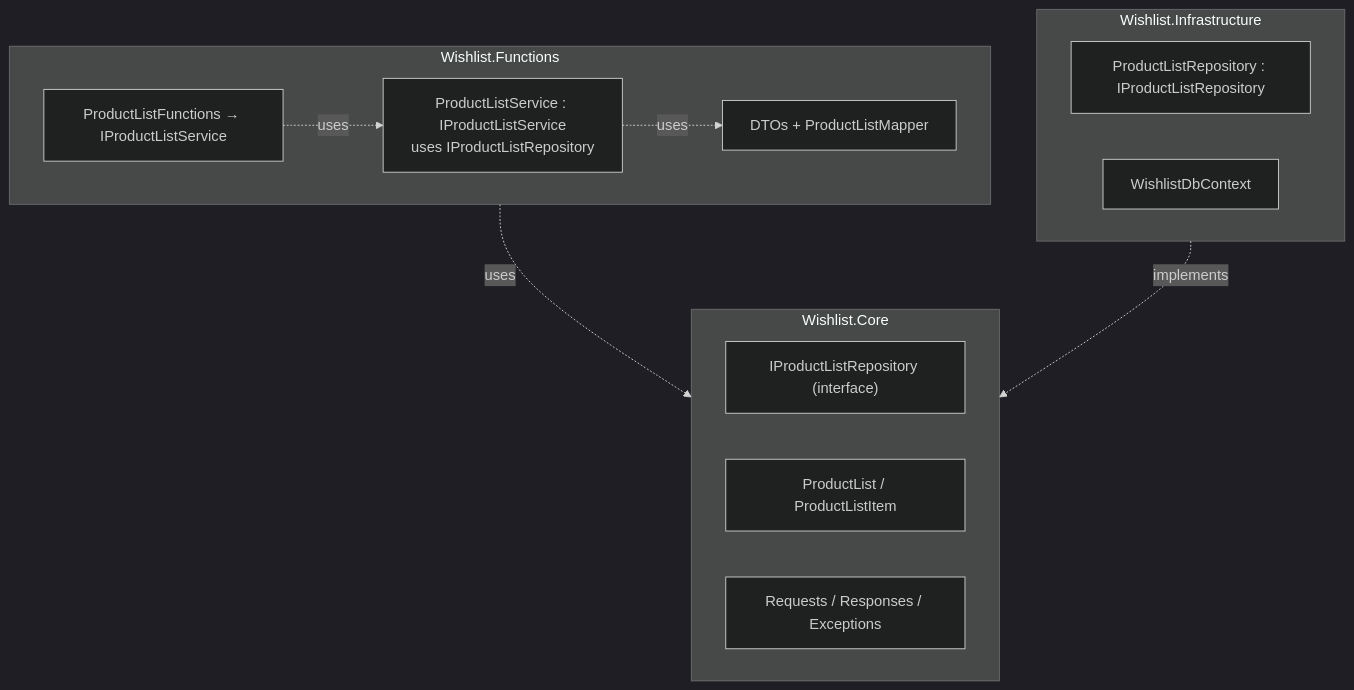
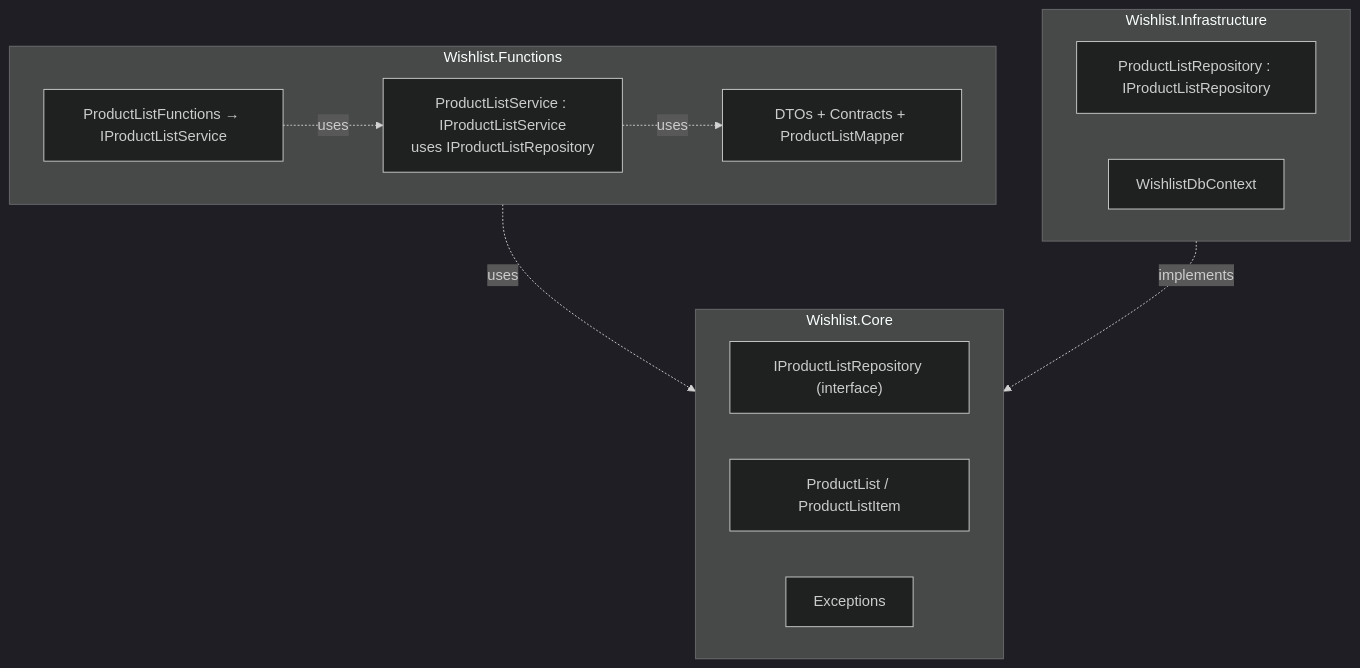
Before and after one commit to YammanureSreekanth/csharp-mini-project: the third of 8 diagrams in Wishlist/ARCHITECTURE.md, drawn with Mermaid (dark theme). The commit also changed other lines of this file and 8 other files, not shown here.

Commit message:
feat: add request and response contracts for product lists and list items, and update references in services and functions

````diff
--- a/Wishlist/ARCHITECTURE.md
+++ b/Wishlist/ARCHITECTURE.md
@@ -83,24 +77,24 @@
 ```mermaid
 flowchart TB
     subgraph Core["Wishlist.Core"]
         direction LR
         c1["IProductListRepository (interface)"]
         c3["ProductList / ProductListItem"]
-        c4["Requests / Responses / Exceptions"]
+        c4["Exceptions"]
     end
     subgraph Infra["Wishlist.Infrastructure"]
         direction LR
         i1["ProductListRepository : IProductListRepository"]
         i2["WishlistDbContext"]
     end
     subgraph Fn["Wishlist.Functions"]
         direction LR
         f1["ProductListFunctions → IProductListService"]
         f2["ProductListService : IProductListService<br/>uses IProductListRepository"]
-        f3["DTOs + ProductListMapper"]
+        f3["DTOs + Contracts + ProductListMapper"]
     end
     i1 -.implements.-> c1
     f2 -.uses.-> c1
     f1 -.uses.-> f2
     f2 -.uses.-> f3
 ```
````
